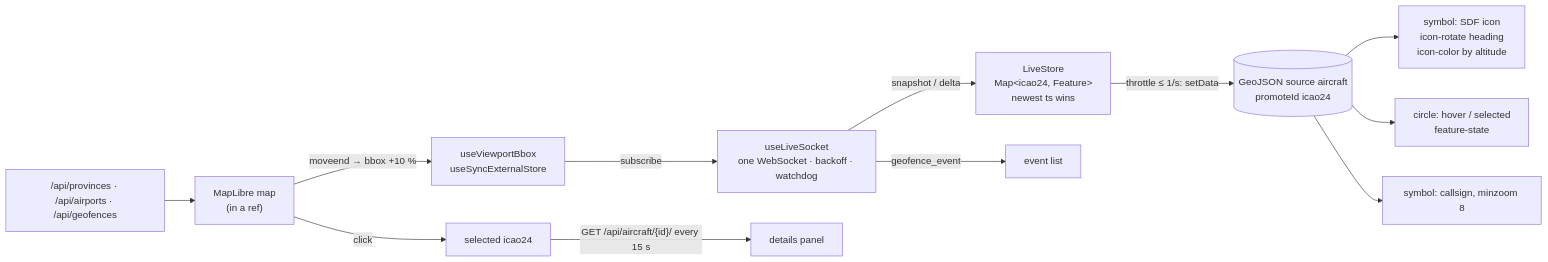
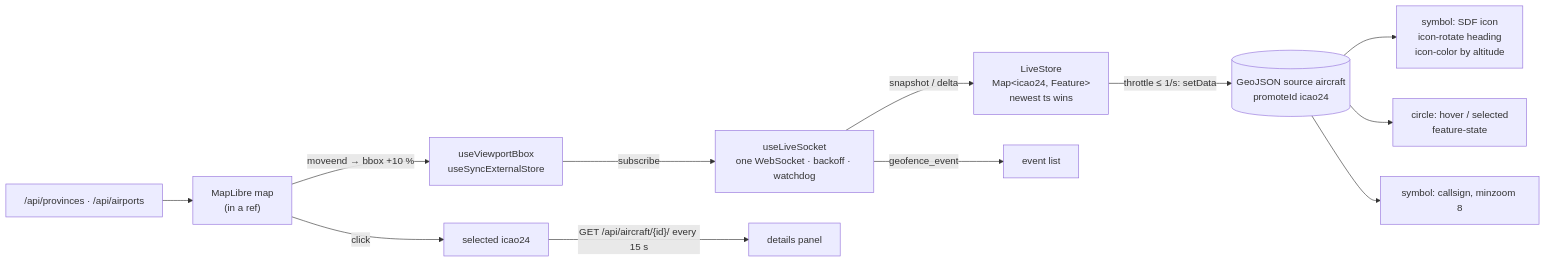
The seventh of 8 diagrams in docs/ARCHITECTURE.md (habipokc/hezarfen), drawn with Mermaid before and after one commit. The commit also changed other lines of this file and 41 other files, not shown here.

````diff
--- a/docs/ARCHITECTURE.md
+++ b/docs/ARCHITECTURE.md
@@ -159,11 +159,11 @@
 ```mermaid
 flowchart LR
     WS["useLiveSocket<br/>one WebSocket · backoff · watchdog"] -->|"snapshot / delta"| ST["LiveStore<br/>Map&lt;icao24, Feature&gt;<br/>newest ts wins"]
     ST -->|"throttle ≤ 1/s: setData"| SRC[("GeoJSON source aircraft<br/>promoteId icao24")]
     SRC --> L1["symbol: SDF icon<br/>icon-rotate heading<br/>icon-color by altitude"] & L2["circle: hover / selected<br/>feature-state"] & L3["symbol: callsign, minzoom 8"]
     MAP["MapLibre map<br/>(in a ref)"] -->|"moveend → bbox +10 %"| VB["useViewportBbox<br/>useSyncExternalStore"]
     VB -->|subscribe| WS
     WS -->|geofence_event| EV["event list"]
     MAP -->|click| SEL["selected icao24"] -->|"GET /api/aircraft/{id}/ every 15 s"| DET["details panel"]
-    REF["/api/provinces · /api/airports · /api/geofences"] --> MAP
+    REF["/api/provinces · /api/airports"] --> MAP
 ```
````
